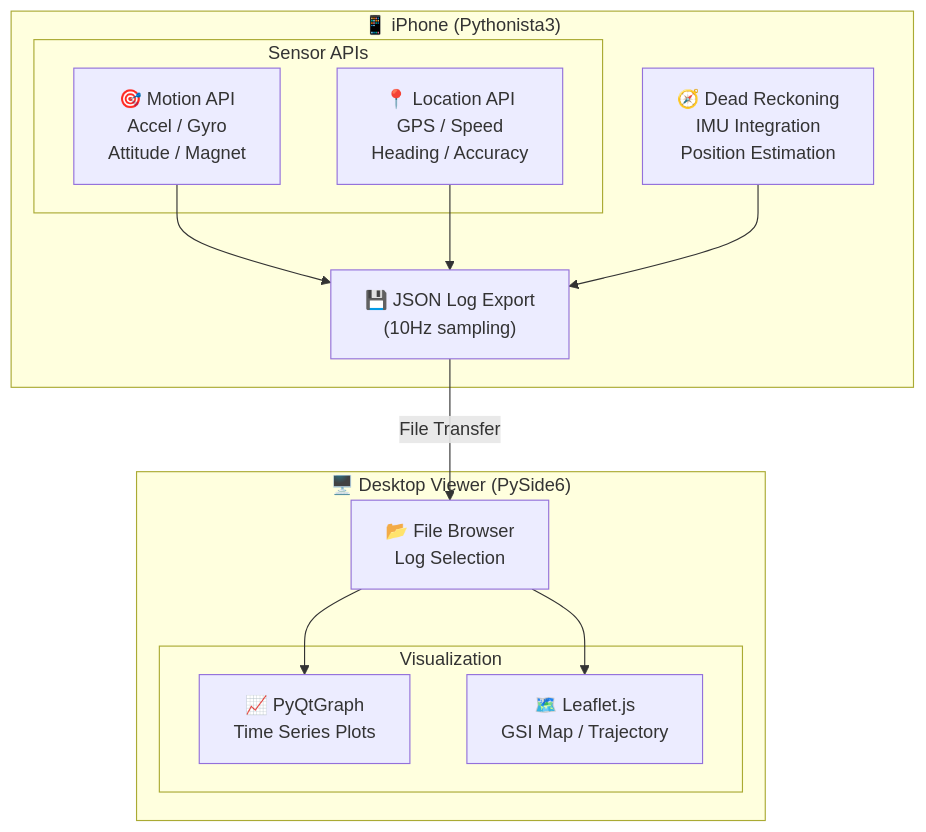
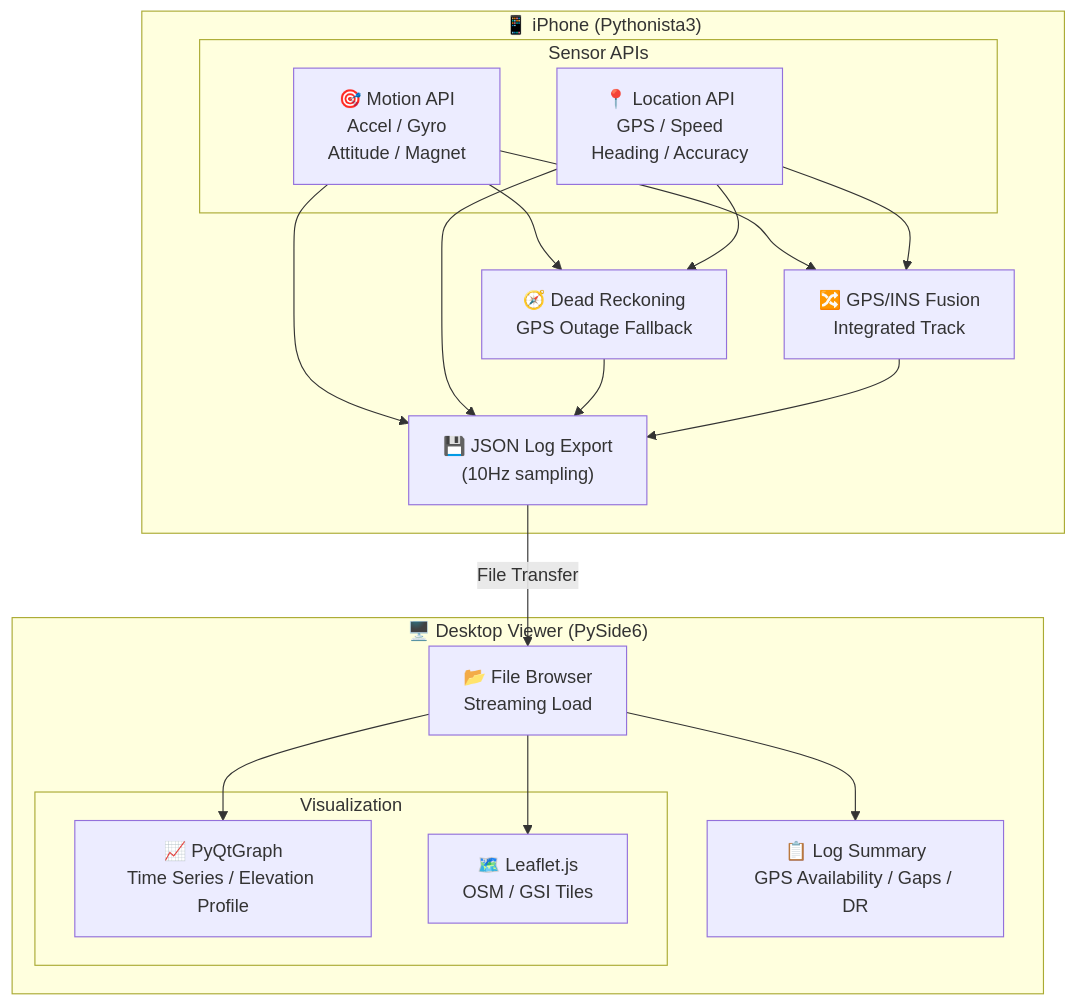
One commit to mashi727/iPhone-G-Sensor changed the diagram in README.md. Above: the diagram before and after it, drawn with Mermaid. The commit also changed other lines of this file and 2 other files, not shown here.

````diff
--- a/README.md
+++ b/README.md
@@ -110,27 +114,35 @@
 ```mermaid
 flowchart TB
     subgraph iPhone["📱 iPhone (Pythonista3)"]
         subgraph Sensors["Sensor APIs"]
             Motion["🎯 Motion API<br/>Accel / Gyro<br/>Attitude / Magnet"]
             Location["📍 Location API<br/>GPS / Speed<br/>Heading / Accuracy"]
         end
-        DR["🧭 Dead Reckoning<br/>IMU Integration<br/>Position Estimation"]
+        DR["🧭 Dead Reckoning<br/>GPS Outage Fallback"]
+        Fusion["🔀 GPS/INS Fusion<br/>Integrated Track"]
         Export["💾 JSON Log Export<br/>(10Hz sampling)"]
 
+        Motion --> DR
+        Location --> DR
+        Motion --> Fusion
+        Location --> Fusion
         Motion --> Export
         Location --> Export
         DR --> Export
+        Fusion --> Export
     end
 
     Export -->|"File Transfer"| Import
 
     subgraph Desktop["🖥️ Desktop Viewer (PySide6)"]
-        Import["📂 File Browser<br/>Log Selection"]
+        Import["📂 File Browser<br/>Streaming Load"]
+        Summary["📋 Log Summary<br/>GPS Availability / Gaps / DR"]
         subgraph Visualization["Visualization"]
-            Graph["📈 PyQtGraph<br/>Time Series Plots"]
-            Map["🗺️ Leaflet.js<br/>GSI Map / Trajectory"]
+            Graph["📈 PyQtGraph<br/>Time Series / Elevation Profile"]
+            Map["🗺️ Leaflet.js<br/>OSM / GSI Tiles"]
         end
+        Import --> Summary
         Import --> Graph
         Import --> Map
     end
 ```
````
